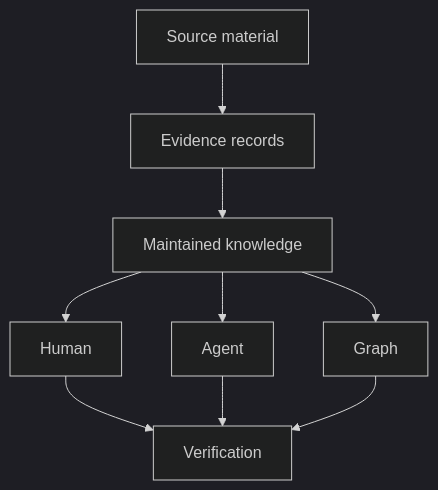
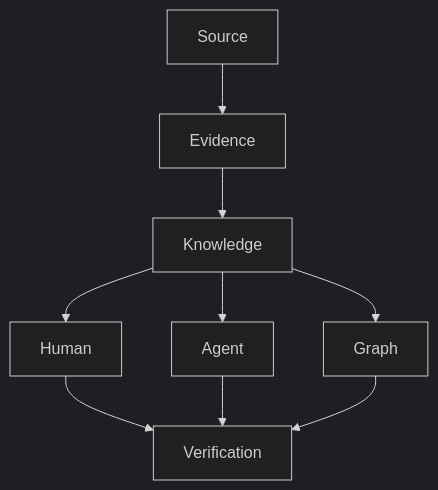
The diagram in docs/index.md (denchco/knowledge-base-wiki-standard), drawn with Mermaid (dark theme) before and after one commit. The commit also changed 5 other files, not shown here.

Commit message:
Keep Mermaid mobile fit stable across CI renderers

````diff
--- a/docs/index.md
+++ b/docs/index.md
@@ -21,20 +21,20 @@
 ```mermaid
 flowchart TB
   accTitle: Governed knowledge base system
   accDescr: Source material becomes inspectable evidence and maintained knowledge. That knowledge serves separate Human, Agent, and Graph surfaces, whose paths converge on verification.
 
-  S["Source material"]
-  E["Evidence records"]
-  C["Maintained knowledge"]
+  S["Source"]
+  E["Evidence"]
+  C["Knowledge"]
   H["Human"]
   A["Agent"]
   G["Graph"]
   V["Verification"]
   S --> E --> C
   C --> H
   C --> A
   C --> G
   H --> V
   A --> V
   G --> V
 ```
````
